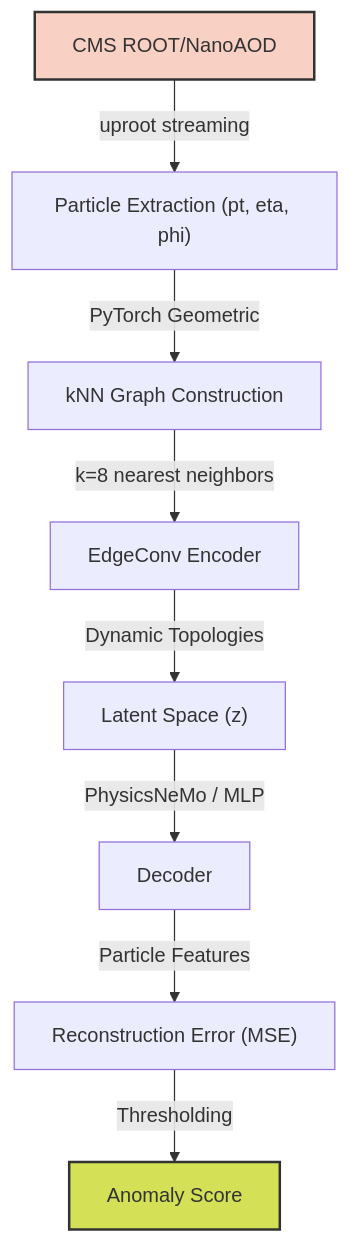
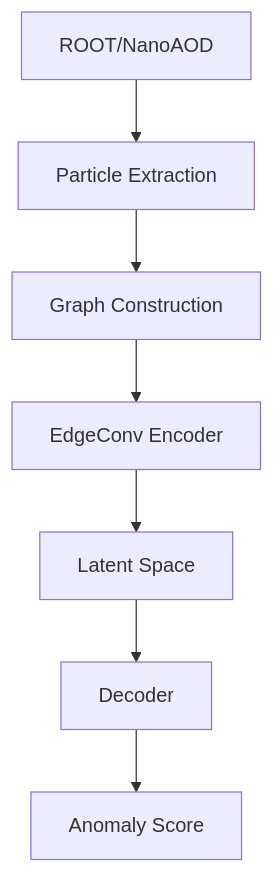
One commit to ABHISHEK1139/CERN-AI-HEP changed the diagram in README.md. Above: the diagram before and after it, drawn with Mermaid. The commit also changed other lines of this file and 86 other files, not shown here.

````diff
--- a/README.md
+++ b/README.md
@@ -20,13 +34,9 @@
 ```mermaid
 graph TD
-    A["CMS ROOT/NanoAOD"] -->|"uproot streaming"| B["Particle Extraction (pt, eta, phi)"]
-    B -->|"PyTorch Geometric"| C["kNN Graph Construction"]
-    C -->|"k=8 nearest neighbors"| D["EdgeConv Encoder"]
-    D -->|"Dynamic Topologies"| E["Latent Space (z)"]
-    E -->|"PhysicsNeMo / MLP"| F["Decoder"]
-    F -->|"Particle Features"| G["Reconstruction Error (MSE)"]
-    G -->|"Thresholding"| H["Anomaly Score"]
-    
-    style A fill:#f9d0c4,stroke:#333,stroke-width:2px
-    style H fill:#d4e157,stroke:#333,stroke-width:2px
+    A["ROOT/NanoAOD"] --> B["Particle Extraction"]
+    B --> C["Graph Construction"]
+    C --> D["EdgeConv Encoder"]
+    D --> E["Latent Space"]
+    E --> F["Decoder"]
+    F --> G["Anomaly Score"]
 ```
````
